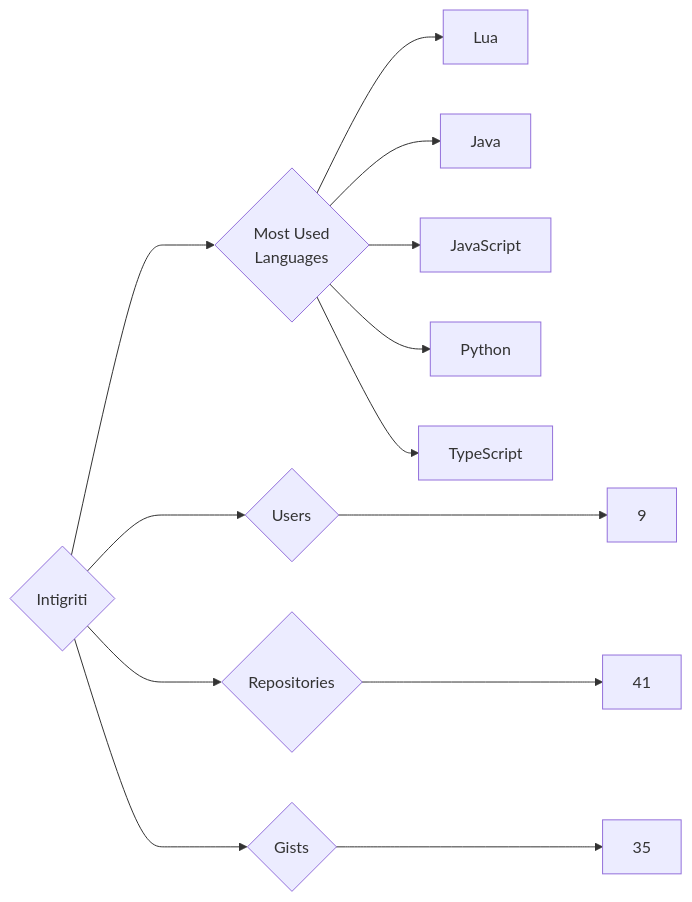
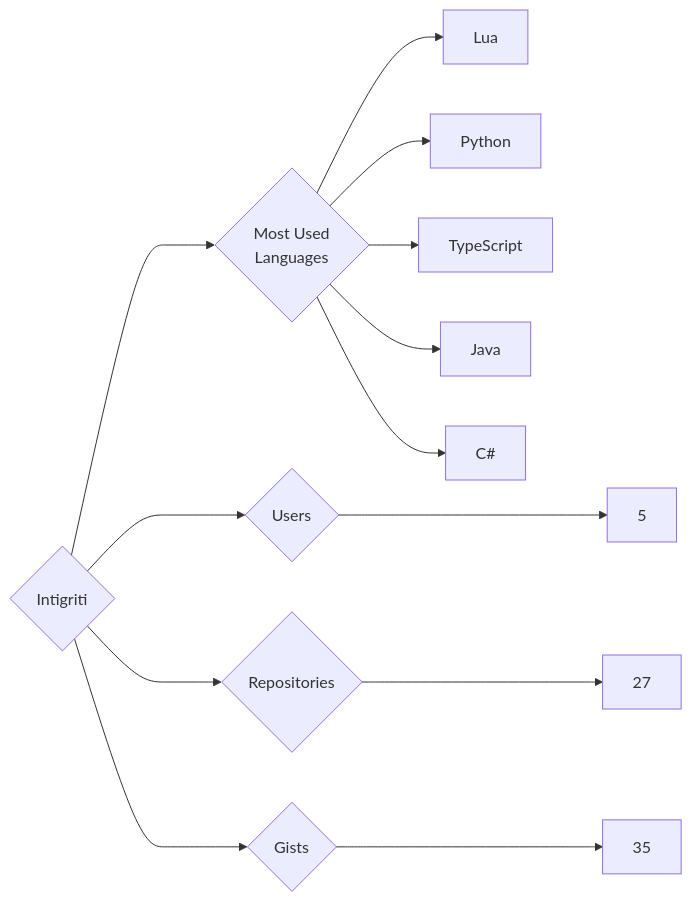
The diagram in targets/Intigriti/README.md (trickest/insiders), drawn with Mermaid before and after one commit. The commit also changed 998 other files, not shown here.

````diff
--- a/targets/Intigriti/README.md
+++ b/targets/Intigriti/README.md
@@ -3,13 +3,13 @@
 ```mermaid
 graph LR
 COMPANY_NAME{Intigriti}
-COMPANY_NAME ---> U{Users} ---> UN[9]
-COMPANY_NAME ---> R{Repositories} ---> RN[41]
+COMPANY_NAME ---> U{Users} ---> UN[5]
+COMPANY_NAME ---> R{Repositories} ---> RN[27]
 COMPANY_NAME ---> G{Gists} ---> GN[35]
 COMPANY_NAME ---> ML{Most Used<br>Languages}
 ML --> Lua[Lua]
-ML --> Java[Java]
-ML --> JavaScript[JavaScript]
 ML --> Python[Python]
 ML --> TypeScript[TypeScript]
+ML --> Java[Java]
+ML --> C#[C#]
 ```
````
